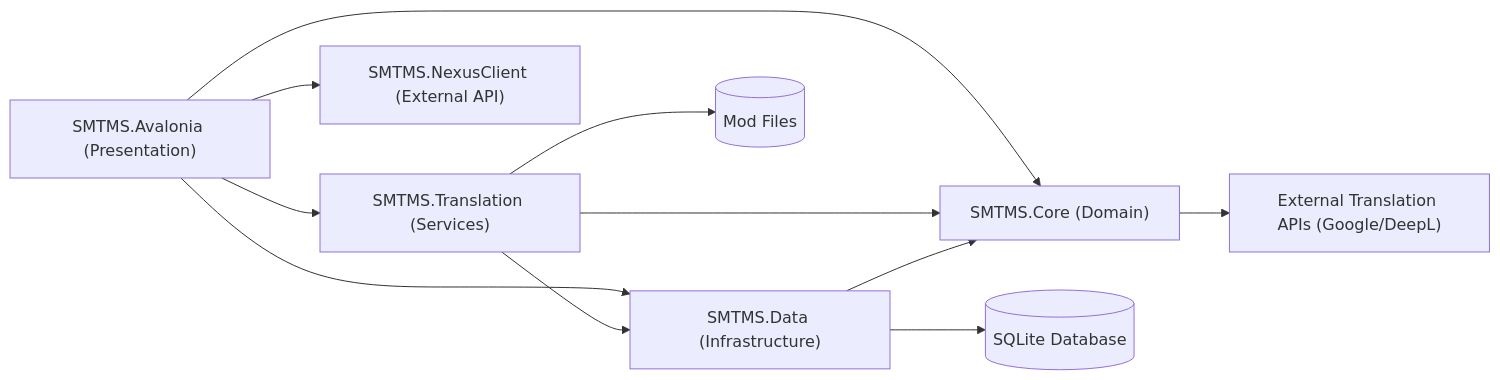
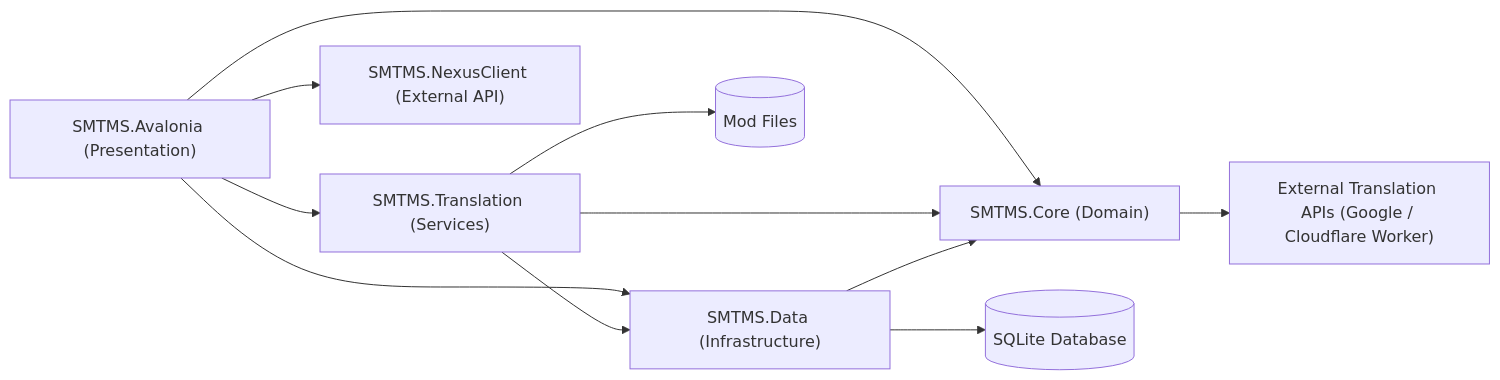
One commit to Sisyphean-a/SMTMS changed the first of 5 diagrams in docs/ARCHITECTURE.md. Above: the diagram before and after it, drawn with Mermaid. The commit also changed other lines of this file, not shown here.

Commit message:
docs(architecture): 更新翻译服务架构描述

````diff
--- a/docs/ARCHITECTURE.md
+++ b/docs/ARCHITECTURE.md
@@ -18,16 +18,16 @@
 ```mermaid
 flowchart LR
     UI["SMTMS.Avalonia (Presentation)"] --> Core["SMTMS.Core (Domain)"]
     UI --> Data["SMTMS.Data (Infrastructure)"]
     UI --> Trans["SMTMS.Translation (Services)"]
     UI --> Nexus["SMTMS.NexusClient (External API)"]
 
     Trans --> Core
     Trans --> Data
     Data --> Core
     
     Data --> SqLite[(SQLite Database)]
     Trans --> Mods[(Mod Files)]
     
-    Core --> ExternalApi["External Translation APIs (Google/DeepL)"]
+    Core --> ExternalApi["External Translation APIs (Google / Cloudflare Worker)"]
 ```
````
